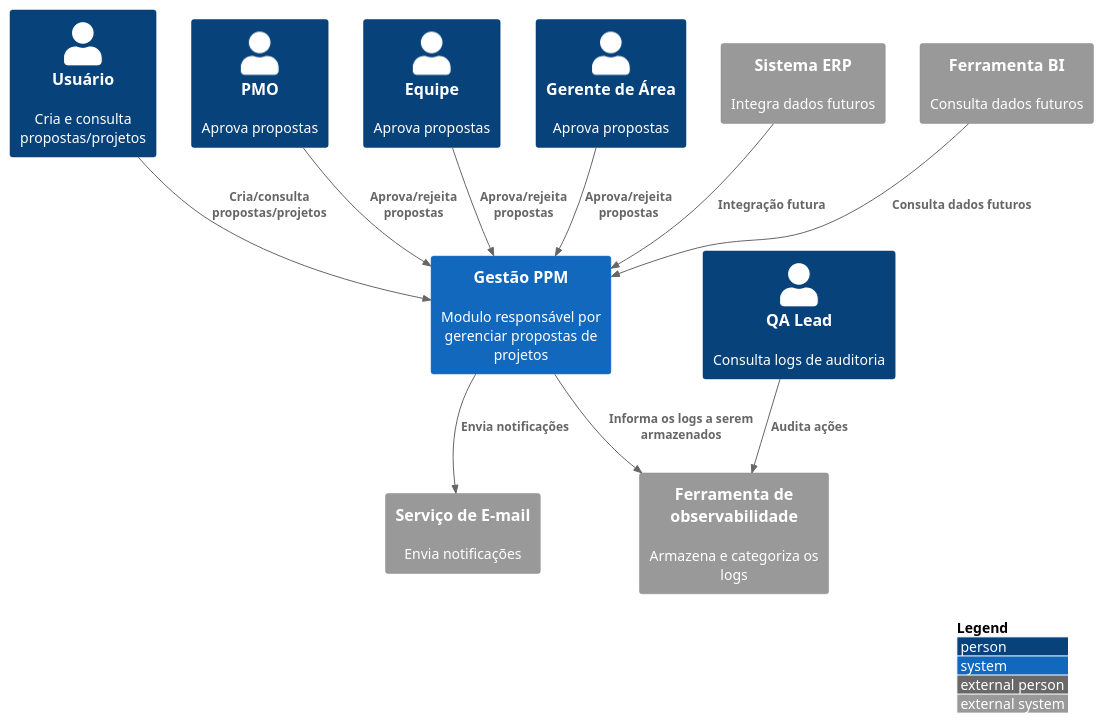
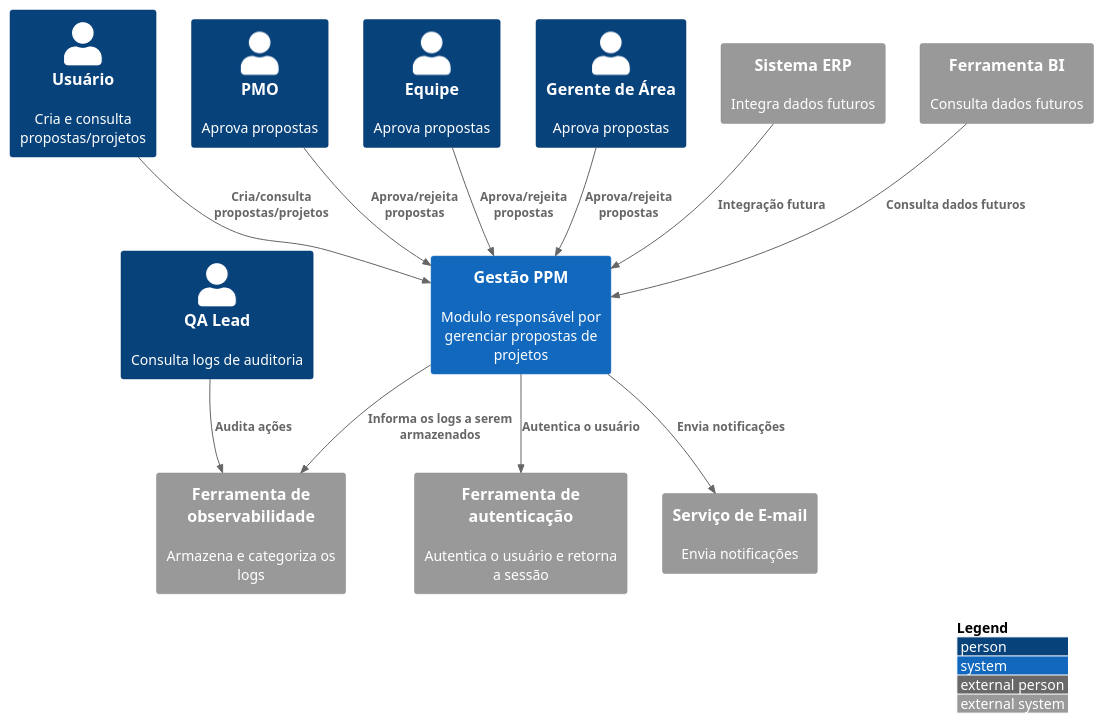
The diagram in docs/02_Arquitetura/C4-1-Diagrama-de-Contexto-v1.0.puml (Hiago75/ppm-lab-project), drawn with PlantUML before and after one commit. The commit also changed 1 other file, not shown here.

Commit message:
update the diagrams in order to contain auth

```diff
--- a/docs/02_Arquitetura/C4-1-Diagrama-de-Contexto-v1.0.puml
+++ b/docs/02_Arquitetura/C4-1-Diagrama-de-Contexto-v1.0.puml
@@ -1,30 +1,32 @@
 @startuml C4-1-Diagrama-de-contexto
 !includeurl https://raw.githubusercontent.com/plantuml-stdlib/C4-PlantUML/refs/heads/master/C4_Context.puml
 
 Person(User, "Usuário", "Cria e consulta propostas/projetos")
 Person(PMO, "PMO", "Aprova propostas")
 Person(Team, "Equipe", "Aprova propostas")
 Person(Manager, "Gerente de Área", "Aprova propostas")
 Person(QA, "QA Lead", "Consulta logs de auditoria")
 
 System(System, "Gestão PPM", "Modulo responsável por gerenciar propostas de projetos")
 
 System_Ext(Email, "Serviço de E-mail", "Envia notificações")
 System_Ext(ERP, "Sistema ERP", "Integra dados futuros")
 System_Ext(BI, "Ferramenta BI", "Consulta dados futuros")
 System_Ext(Monitoring, "Ferramenta de observabilidade", "Armazena e categoriza os logs")
+System_Ext(Auth, "Ferramenta de autenticação", "Autentica o usuário e retorna a sessão")
 
 Rel(User, System, "Cria/consulta propostas/projetos", "")
 Rel(PMO, System, "Aprova/rejeita propostas", "")
 Rel(Team, System, "Aprova/rejeita propostas", "")
 Rel(Manager, System, "Aprova/rejeita propostas", "")
 Rel(QA, Monitoring, "Audita ações")
 
+Rel(System, Auth, "Autentica o usuário")
 Rel(System, Monitoring, "Informa os logs a serem armazenados")
 Rel(ERP, System, "Integração futura", "")
 Rel(BI, System, "Consulta dados futuros", "")
 
 Rel(System, Email, "Envia notificações")
 
 LAYOUT_WITH_LEGEND()
 @enduml
```
